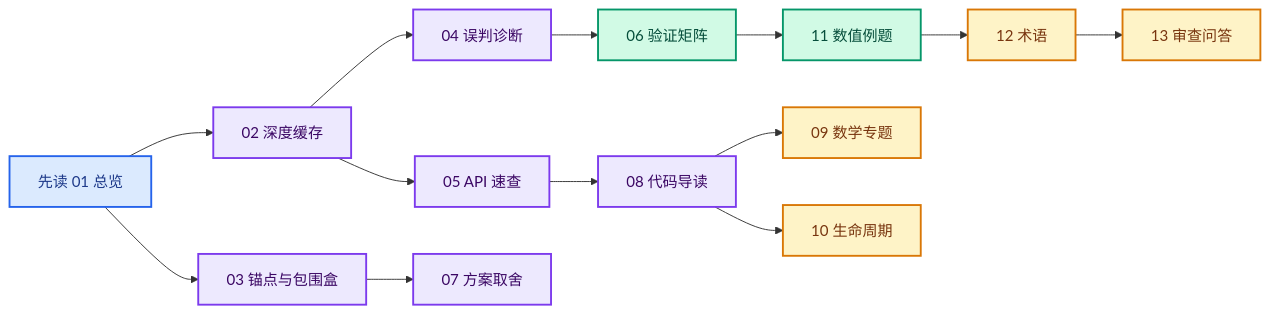
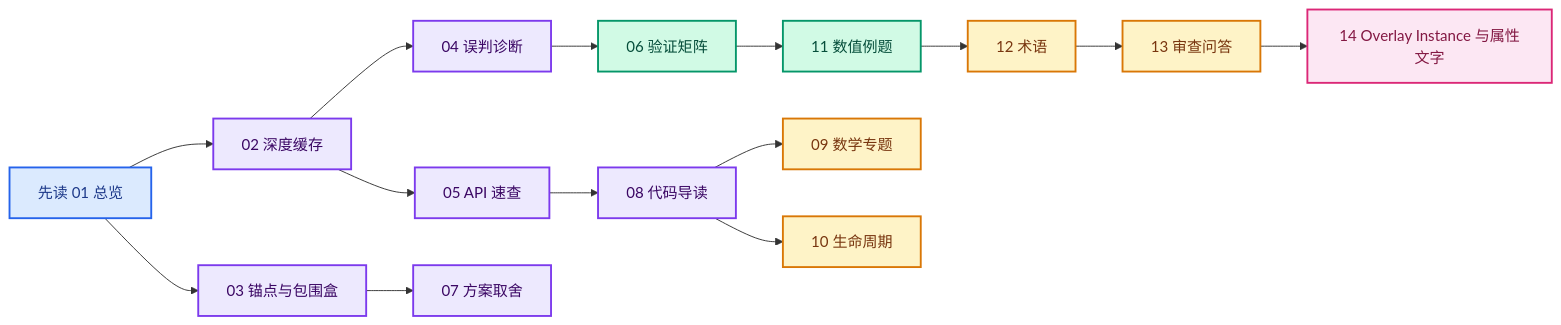
One commit to yunkezengren/blender-.vscode changed the diagram in 杂/markdown/属性文本遮挡剔除-CODEX/README.md. Above: the diagram before and after it, drawn with Mermaid. The commit also changed other lines of this file and 35 other files, not shown here.

````diff
--- a/杂/markdown/属性文本遮挡剔除-CODEX/README.md
+++ b/杂/markdown/属性文本遮挡剔除-CODEX/README.md
@@ -24,23 +54,26 @@
 ```mermaid
 flowchart LR
   START[先读 01 总览] --> CORE[02 深度缓存]
   START --> ANCHOR[03 锚点与包围盒]
   CORE --> DEBUG[04 误判诊断]
   ANCHOR --> OPTIONS[07 方案取舍]
   DEBUG --> TEST[06 验证矩阵]
   CORE --> API[05 API 速查]
   API --> TRACE[08 代码导读]
   TRACE --> MATH[09 数学专题]
   TRACE --> TYPES[10 生命周期]
   TEST --> EXAMPLES[11 数值例题]
   EXAMPLES --> GLOSSARY[12 术语]
   GLOSSARY --> REVIEW[13 审查问答]
+  REVIEW --> ENGINE[14 Overlay Instance 与属性文字]
   classDef intro fill:#DBEAFE,stroke:#2563EB,color:#1E3A8A,stroke-width:2px;
   classDef core fill:#EDE9FE,stroke:#7C3AED,color:#3B0764,stroke-width:2px;
   classDef verify fill:#D1FAE5,stroke:#059669,color:#064E3B,stroke-width:2px;
   classDef refs fill:#FEF3C7,stroke:#D97706,color:#78350F,stroke-width:2px;
+  classDef engine fill:#FCE7F3,stroke:#DB2777,color:#831843,stroke-width:2px;
   class START intro;
   class CORE,ANCHOR,DEBUG,OPTIONS,API,TRACE core;
   class TEST,EXAMPLES verify;
   class MATH,TYPES,GLOSSARY,REVIEW refs;
+  class ENGINE engine;
 ```
````
